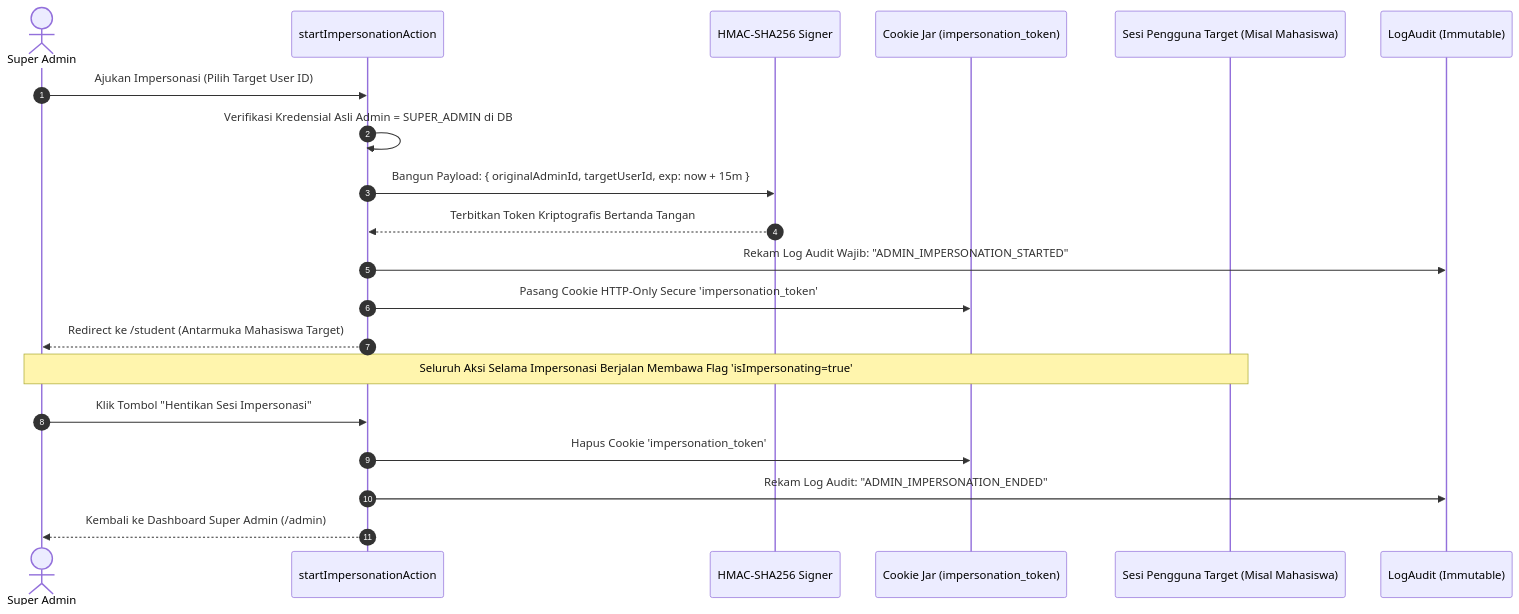
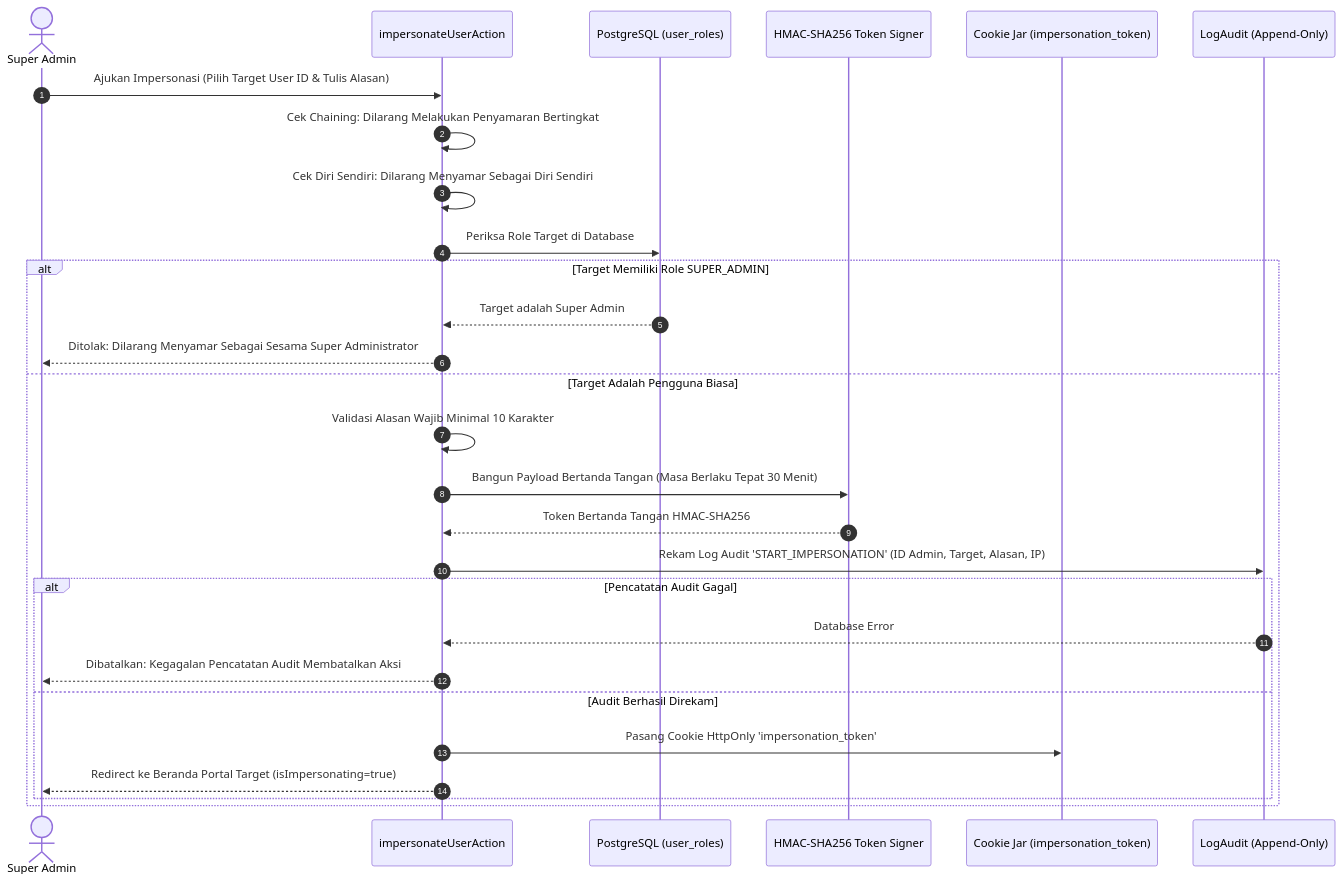
One commit to wahyualdir/Sistem-Pembelajaran changed the sixth of 7 diagrams in docs/ARSITEKTUR_PER_ROLE.md. Above: the diagram before and after it, drawn with Mermaid. The commit also changed other lines of this file and 1 other file, not shown here.

Commit message:
docs: add verified codebase use-case diagrams and harmonize per-role architecture with implementation facts

````diff
--- a/docs/ARSITEKTUR_PER_ROLE.md
+++ b/docs/ARSITEKTUR_PER_ROLE.md
@@ -203,26 +238,33 @@
 ```mermaid
 sequenceDiagram
     autonumber
     actor Admin as Super Admin
-    participant Action as startImpersonationAction
-    participant Crypto as HMAC-SHA256 Signer
+    participant Action as impersonateUserAction
+    participant DB as PostgreSQL (user_roles)
+    participant Crypto as HMAC-SHA256 Token Signer
     participant Cookie as Cookie Jar (impersonation_token)
-    participant Target as Sesi Pengguna Target (Misal Mahasiswa)
-    participant Audit as LogAudit (Immutable)
+    participant Audit as LogAudit (Append-Only)
 
-    Admin->>Action: Ajukan Impersonasi (Pilih Target User ID)
-    Action->>Action: Verifikasi Kredensial Asli Admin = SUPER_ADMIN di DB
-    Action->>Crypto: Bangun Payload: { originalAdminId, targetUserId, exp: now + 15m }
-    Crypto-->>Action: Terbitkan Token Kriptografis Bertanda Tangan
+    Admin->>Action: Ajukan Impersonasi (Pilih Target User ID & Tulis Alasan)
     
-    Action->>Audit: Rekam Log Audit Wajib: "ADMIN_IMPERSONATION_STARTED"
-    Action->>Cookie: Pasang Cookie HTTP-Only Secure 'impersonation_token'
-    
-    Action-->>Admin: Redirect ke /student (Antarmuka Mahasiswa Target)
-    Note over Admin,Target: Seluruh Aksi Selama Impersonasi Berjalan Membawa Flag 'isImpersonating=true'
-    
-    Admin->>Action: Klik Tombol "Hentikan Sesi Impersonasi"
-    Action->>Cookie: Hapus Cookie 'impersonation_token'
-    Action->>Audit: Rekam Log Audit: "ADMIN_IMPERSONATION_ENDED"
-    Action-->>Admin: Kembali ke Dashboard Super Admin (/admin)
+    Action->>Action: Cek Chaining: Dilarang Melakukan Penyamaran Bertingkat
+    Action->>Action: Cek Diri Sendiri: Dilarang Menyamar Sebagai Diri Sendiri
+    Action->>DB: Periksa Role Target di Database
+    alt Target Memiliki Role SUPER_ADMIN
+        DB-->>Action: Target adalah Super Admin
+        Action-->>Admin: Ditolak: Dilarang Menyamar Sebagai Sesama Super Administrator
+    else Target Adalah Pengguna Biasa
+        Action->>Action: Validasi Alasan Wajib Minimal 10 Karakter
+        Action->>Crypto: Bangun Payload Bertanda Tangan (Masa Berlaku Tepat 30 Menit)
+        Crypto-->>Action: Token Bertanda Tangan HMAC-SHA256
+        
+        Action->>Audit: Rekam Log Audit 'START_IMPERSONATION' (ID Admin, Target, Alasan, IP)
+        alt Pencatatan Audit Gagal
+            Audit-->>Action: Database Error
+            Action-->>Admin: Dibatalkan: Kegagalan Pencatatan Audit Membatalkan Aksi
+        else Audit Berhasil Direkam
+            Action->>Cookie: Pasang Cookie HttpOnly 'impersonation_token'
+            Action-->>Admin: Redirect ke Beranda Portal Target (isImpersonating=true)
+        end
+    end
 ```
````
